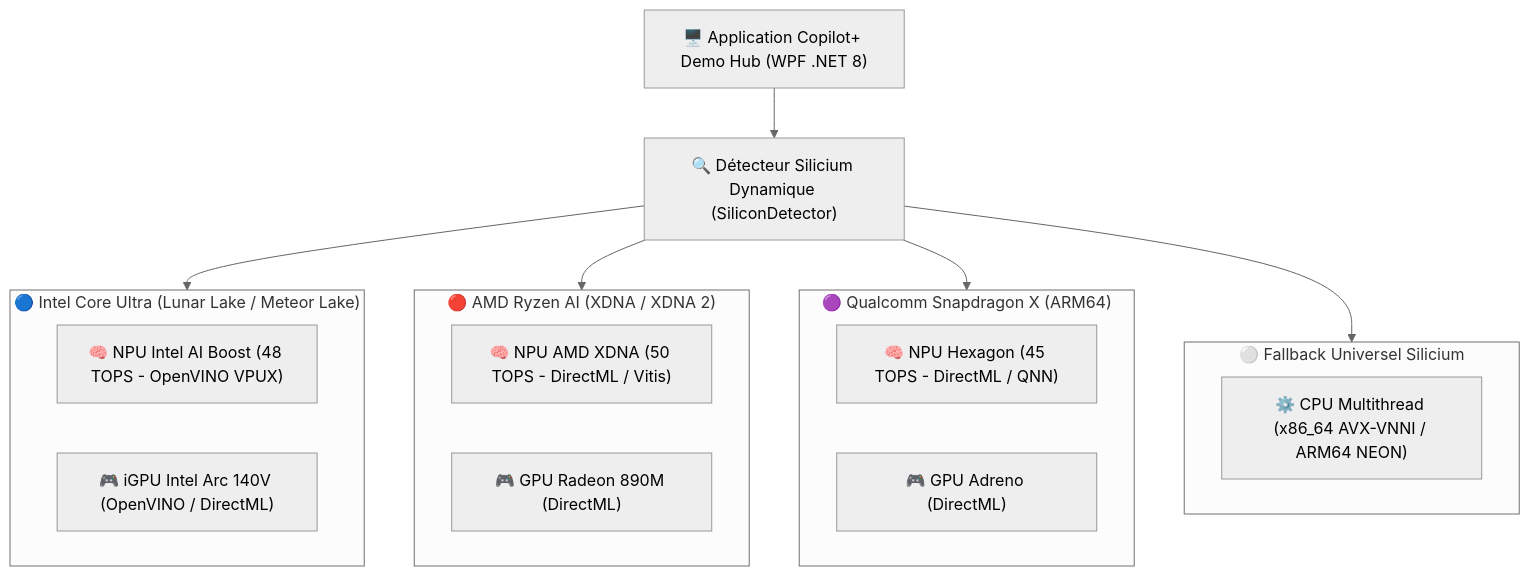
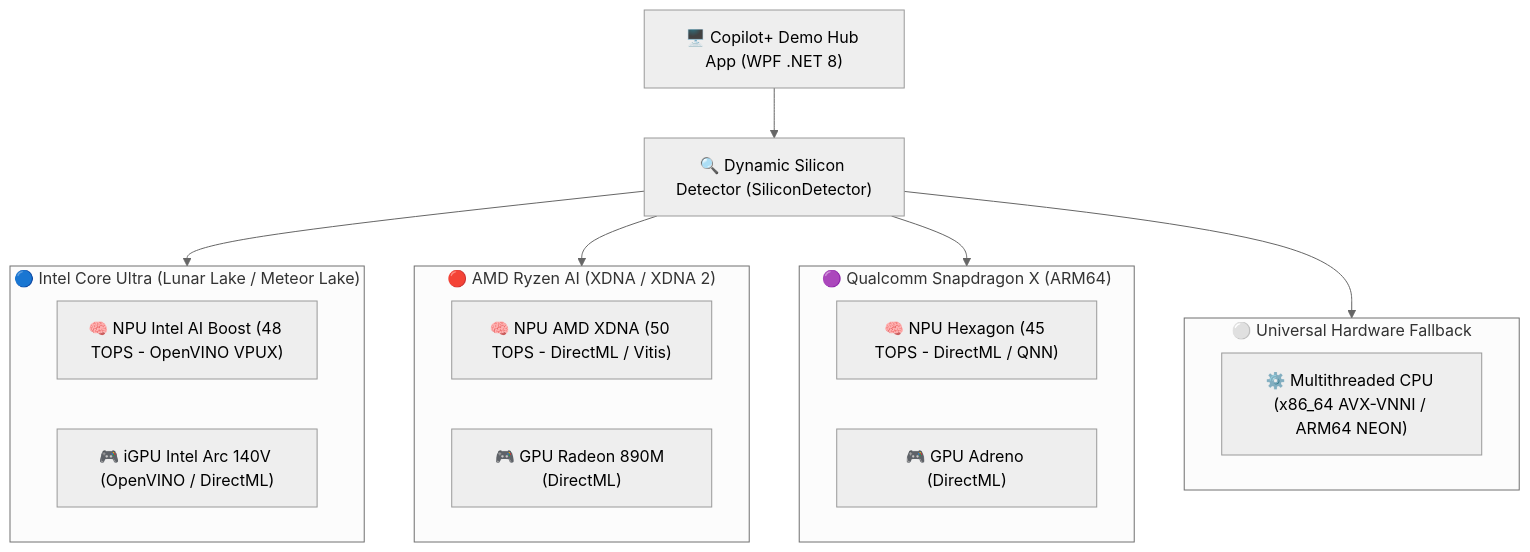
The first of 2 diagrams in README.md (JuGhithub/CopilotPlusDemoHub), drawn with Mermaid (neutral theme) before and after one commit. The commit also changed other lines of this file and 4 other files, not shown here.

````diff
--- a/README.md
+++ b/README.md
@@ -23,30 +26,30 @@
 ```mermaid
 flowchart TD
-    App["🖥️ Application Copilot+ Demo Hub (WPF .NET 8)"]
-    Detect["🔍 Détecteur Silicium Dynamique (SiliconDetector)"]
+    App["🖥️ Copilot+ Demo Hub App (WPF .NET 8)"]
+    Detect["🔍 Dynamic Silicon Detector (SiliconDetector)"]
     App --> Detect
     
     subgraph Intel["🔵 Intel Core Ultra (Lunar Lake / Meteor Lake)"]
         IntelNPU["🧠 NPU Intel AI Boost (48 TOPS - OpenVINO VPUX)"]
         IntelGPU["🎮 iGPU Intel Arc 140V (OpenVINO / DirectML)"]
     end
     
     subgraph AMD["🔴 AMD Ryzen AI (XDNA / XDNA 2)"]
         AmdNPU["🧠 NPU AMD XDNA (50 TOPS - DirectML / Vitis)"]
         AmdGPU["🎮 GPU Radeon 890M (DirectML)"]
     end
     
     subgraph Qualcomm["🟣 Qualcomm Snapdragon X (ARM64)"]
         QcomNPU["🧠 NPU Hexagon (45 TOPS - DirectML / QNN)"]
         QcomGPU["🎮 GPU Adreno (DirectML)"]
     end
     
-    subgraph Universal["⚪ Fallback Universel Silicium"]
-        UnivCPU["⚙️ CPU Multithread (x86_64 AVX-VNNI / ARM64 NEON)"]
+    subgraph Universal["⚪ Universal Hardware Fallback"]
+        UnivCPU["⚙️ Multithreaded CPU (x86_64 AVX-VNNI / ARM64 NEON)"]
     end
     
     Detect --> Intel
     Detect --> AMD
     Detect --> Qualcomm
     Detect --> Universal
 ```
````
